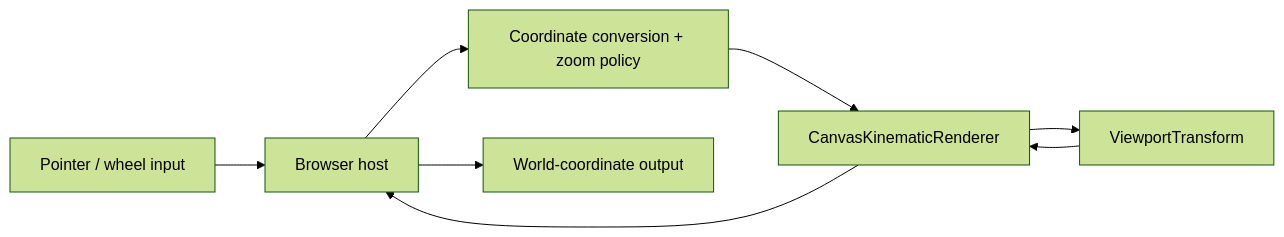
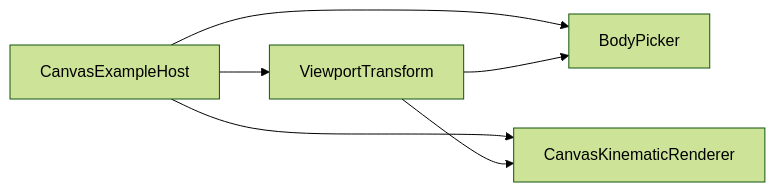
One commit to fa-ribeiro/vLab2D changed the diagram in docs/project/status.md. Above: the diagram before and after it, drawn with Mermaid (forest theme). The commit also changed other lines of this file and 4 other files, not shown here.

Commit message:
docs: reconcile phase 2 architecture

````diff
--- a/docs/project/status.md
+++ b/docs/project/status.md
@@ -220,12 +155,13 @@
 ```mermaid
 flowchart LR
-    INPUT["Pointer / wheel input"]
-    HOST["Browser host"]
-    POLICY["Coordinate conversion + zoom policy"]
-    RENDERER["CanvasKinematicRenderer"]
-    TRANSFORM["ViewportTransform"]
-    OUTPUT["World-coordinate output"]
+    H["CanvasExampleHost"]
+    V["ViewportTransform"]
+    P["BodyPicker"]
+    R["CanvasKinematicRenderer"]
 
-    INPUT --> HOST --> POLICY --> RENDERER --> TRANSFORM
-    TRANSFORM --> RENDERER --> HOST --> OUTPUT
+    H --> V
+    H --> P
+    H --> R
+    V --> P
+    V --> R
 ```
````
